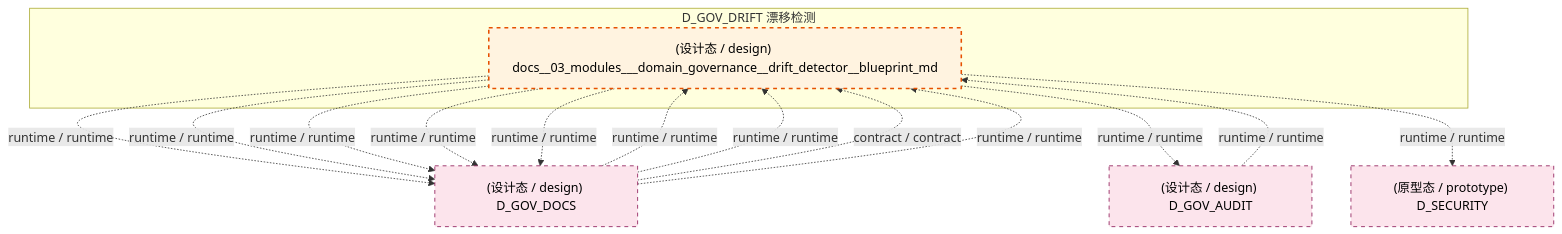
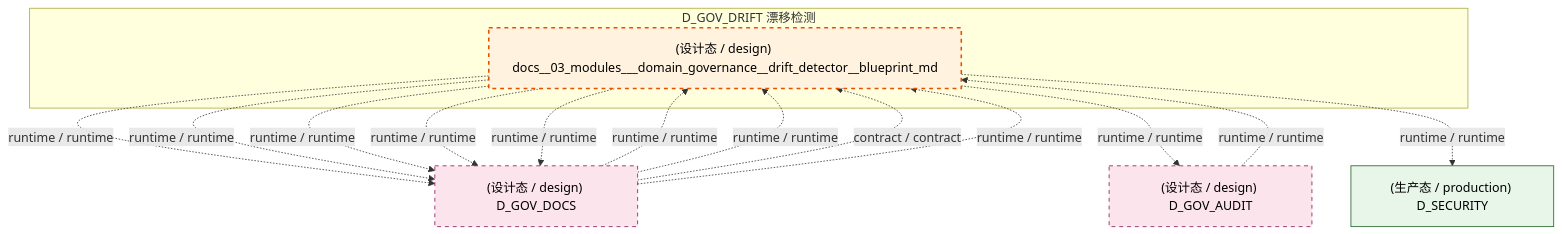
Before and after one commit to xuanFelixVan/ZephyrAlpha: the fifth of 7 diagrams in docs/02_enterprise_architecture/02_domain_architecture_docs/41_d_gov_drift.md, drawn with Mermaid. The commit also changed other lines of this file and 100 other files, not shown here.

````diff
--- a/docs/02_enterprise_architecture/02_domain_architecture_docs/41_d_gov_drift.md
+++ b/docs/02_enterprise_architecture/02_domain_architecture_docs/41_d_gov_drift.md
@@ -535,27 +534,28 @@
 ```mermaid
 graph TD
     subgraph D_GOV_DRIFT["D_GOV_DRIFT 漂移检测"]
         docs_03_modules_domain_governance_drift_detector_blueprint_md["(设计态 / design) docs__03_modules___domain_governance__drift_detector__blueprint_md"]
     end
     D_GOV_DOCS["(设计态 / design) D_GOV_DOCS"]
     docs_03_modules_domain_governance_drift_detector_blueprint_md -.->|runtime / runtime| D_GOV_DOCS
     docs_03_modules_domain_governance_drift_detector_blueprint_md -.->|runtime / runtime| D_GOV_DOCS
     D_GOV_AUDIT["(设计态 / design) D_GOV_AUDIT"]
     docs_03_modules_domain_governance_drift_detector_blueprint_md -.->|runtime / runtime| D_GOV_AUDIT
-    D_SECURITY["(原型态 / prototype) D_SECURITY"]
+    D_SECURITY["(生产态 / production) D_SECURITY"]
     docs_03_modules_domain_governance_drift_detector_blueprint_md -.->|runtime / runtime| D_SECURITY
     docs_03_modules_domain_governance_drift_detector_blueprint_md -.->|runtime / runtime| D_GOV_DOCS
     docs_03_modules_domain_governance_drift_detector_blueprint_md -.->|runtime / runtime| D_GOV_DOCS
     docs_03_modules_domain_governance_drift_detector_blueprint_md -.->|runtime / runtime| D_GOV_DOCS
     D_GOV_AUDIT -.->|runtime / runtime| docs_03_modules_domain_governance_drift_detector_blueprint_md
     D_GOV_DOCS -.->|runtime / runtime| docs_03_modules_domain_governance_drift_detector_blueprint_md
     D_GOV_DOCS -.->|runtime / runtime| docs_03_modules_domain_governance_drift_detector_blueprint_md
     D_GOV_DOCS -.->|contract / contract| docs_03_modules_domain_governance_drift_detector_blueprint_md
     D_GOV_DOCS -.->|runtime / runtime| docs_03_modules_domain_governance_drift_detector_blueprint_md
     classDef production fill:#e1f5fe,stroke:#01579b,stroke-width:2px,color:#000
     classDef design fill:#fff3e0,stroke:#e65100,stroke-width:2px,color:#000,stroke-dasharray: 5 5
     classDef external_prod fill:#e8f5e9,stroke:#1b5e20,stroke-width:1px,color:#000
     classDef external_design fill:#fce4ec,stroke:#880e4f,stroke-width:1px,color:#000,stroke-dasharray: 5 5
     class docs_03_modules_domain_governance_drift_detector_blueprint_md design
-    class D_GOV_DOCS,D_GOV_AUDIT,D_SECURITY external_design
+    class D_SECURITY external_prod
+    class D_GOV_DOCS,D_GOV_AUDIT external_design
 ```
````
